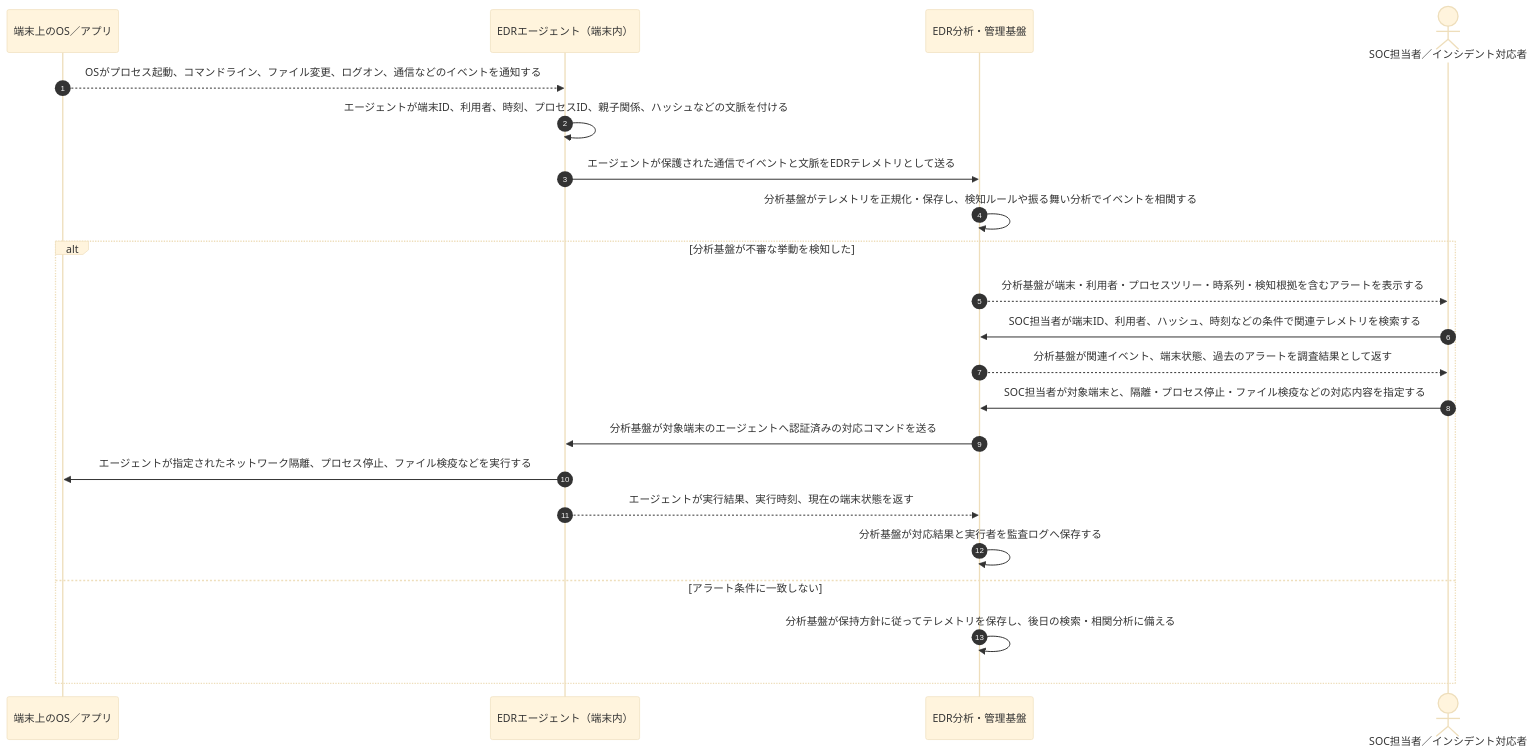
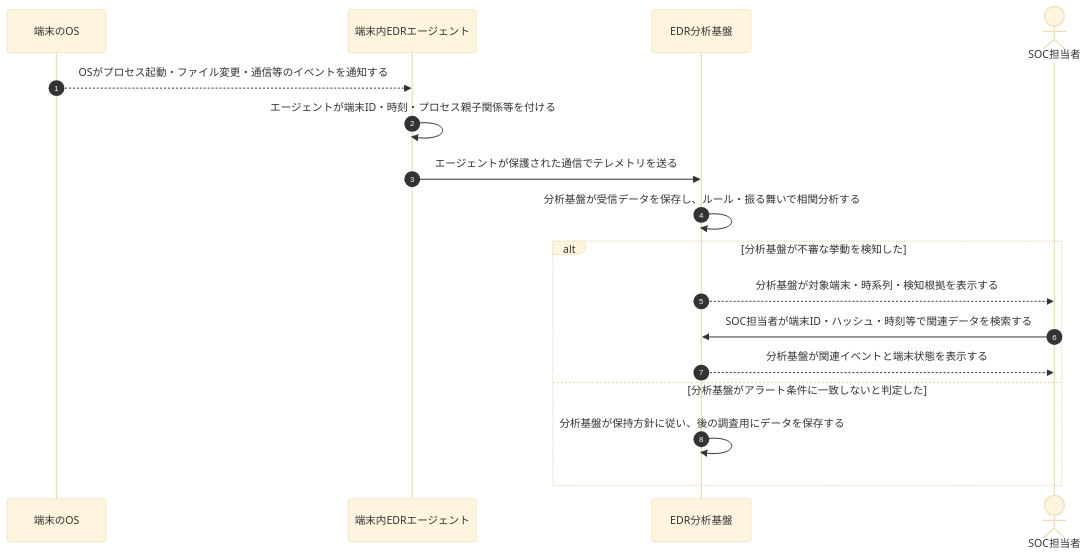
The first of 2 diagrams in 復習用/流れ図/EDRテレメトリの収集・分析・対応.md (ryusuke2003/security-specialist-study), drawn with Mermaid (base theme) before and after one commit. The commit also changed other lines of this file and 26 other files, not shown here.

Commit message:
流れ図全23資料の主体と処理段階を明確化し構造検査を追加

````diff
--- a/復習用/流れ図/EDRテレメトリの収集・分析・対応.md
+++ b/復習用/流れ図/EDRテレメトリの収集・分析・対応.md
@@ -7,25 +11,20 @@
 ```mermaid
 sequenceDiagram
     autonumber
-    participant Endpoint as 端末上のOS／アプリ
-    participant Agent as EDRエージェント（端末内）
-    participant Platform as EDR分析・管理基盤
-    actor Analyst as SOC担当者／インシデント対応者
+    participant O as 端末のOS
+    participant E as 端末内EDRエージェント
+    participant P as EDR分析基盤
+    actor A as SOC担当者
 
-    Endpoint-->>Agent: OSがプロセス起動、コマンドライン、ファイル変更、ログオン、通信などのイベントを通知する
-    Agent->>Agent: エージェントが端末ID、利用者、時刻、プロセスID、親子関係、ハッシュなどの文脈を付ける
-    Agent->>Platform: エージェントが保護された通信でイベントと文脈をEDRテレメトリとして送る
-    Platform->>Platform: 分析基盤がテレメトリを正規化・保存し、検知ルールや振る舞い分析でイベントを相関する
+    O-->>E: OSがプロセス起動・ファイル変更・通信等のイベントを通知する
+    E->>E: エージェントが端末ID・時刻・プロセス親子関係等を付ける
+    E->>P: エージェントが保護された通信でテレメトリを送る
+    P->>P: 分析基盤が受信データを保存し、ルール・振る舞いで相関分析する
     alt 分析基盤が不審な挙動を検知した
-        Platform-->>Analyst: 分析基盤が端末・利用者・プロセスツリー・時系列・検知根拠を含むアラートを表示する
-        Analyst->>Platform: SOC担当者が端末ID、利用者、ハッシュ、時刻などの条件で関連テレメトリを検索する
-        Platform-->>Analyst: 分析基盤が関連イベント、端末状態、過去のアラートを調査結果として返す
-        Analyst->>Platform: SOC担当者が対象端末と、隔離・プロセス停止・ファイル検疫などの対応内容を指定する
-        Platform->>Agent: 分析基盤が対象端末のエージェントへ認証済みの対応コマンドを送る
-        Agent->>Endpoint: エージェントが指定されたネットワーク隔離、プロセス停止、ファイル検疫などを実行する
-        Agent-->>Platform: エージェントが実行結果、実行時刻、現在の端末状態を返す
-        Platform->>Platform: 分析基盤が対応結果と実行者を監査ログへ保存する
-    else アラート条件に一致しない
-        Platform->>Platform: 分析基盤が保持方針に従ってテレメトリを保存し、後日の検索・相関分析に備える
+        P-->>A: 分析基盤が対象端末・時系列・検知根拠を表示する
+        A->>P: SOC担当者が端末ID・ハッシュ・時刻等で関連データを検索する
+        P-->>A: 分析基盤が関連イベントと端末状態を表示する
+    else 分析基盤がアラート条件に一致しないと判定した
+        P->>P: 分析基盤が保持方針に従い、後の調査用にデータを保存する
     end
 ```
````
